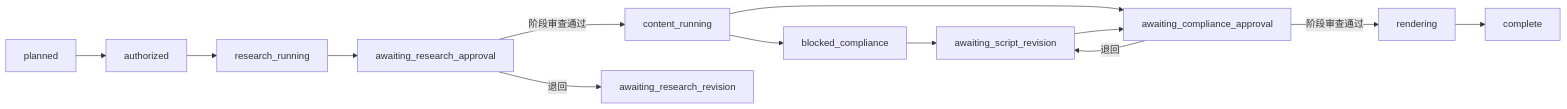
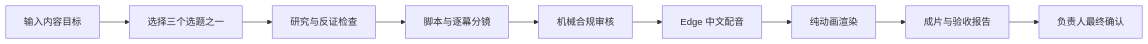
The diagram in README.md (zhichenghe34-design/clean-air-ai-content-factory), drawn with Mermaid before and after one commit. The commit also changed other lines of this file and 4 other files, not shown here.

````diff
--- a/README.md
+++ b/README.md
@@ -109,15 +65,11 @@
 ```mermaid
 flowchart LR
-    P["planned"] --> A["authorized"]
-    A --> R["research_running"]
-    R --> HR["awaiting_research_approval"]
-    HR -->|阶段审查通过| C["content_running"]
-    HR -->|退回| RR["awaiting_research_revision"]
-    C --> B["blocked_compliance"]
-    C --> HC["awaiting_compliance_approval"]
-    B --> SR["awaiting_script_revision"]
-    HC -->|阶段审查通过| V["rendering"]
-    HC -->|退回| SR
-    SR --> HC
-    V --> D["complete"]
+    A["输入内容目标"] --> B["选择三个选题之一"]
+    B --> C["研究与反证检查"]
+    C --> D["脚本与逐幕分镜"]
+    D --> E["机械合规审核"]
+    E --> F["Edge 中文配音"]
+    F --> G["纯动画渲染"]
+    G --> H["成片与验收报告"]
+    H --> I["负责人最终确认"]
 ```
````
